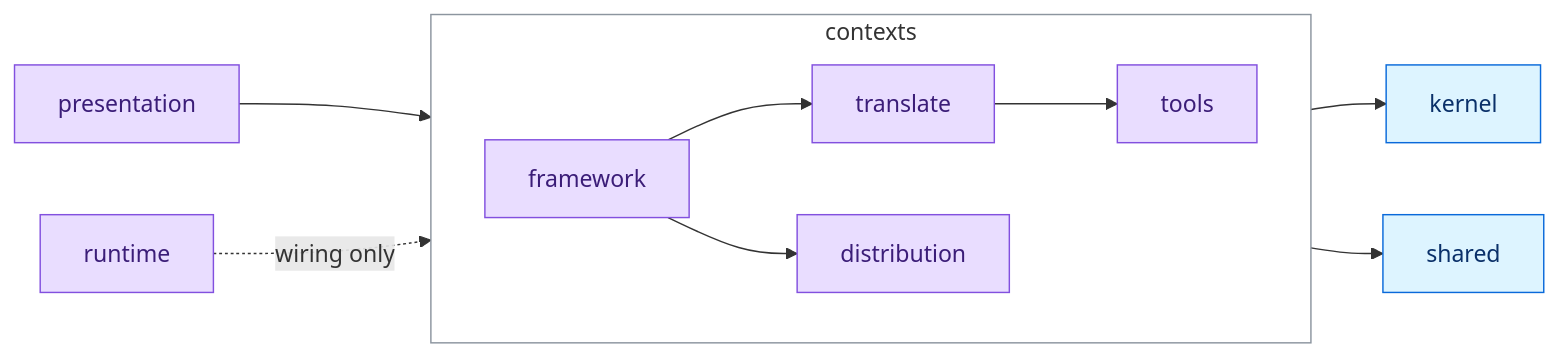
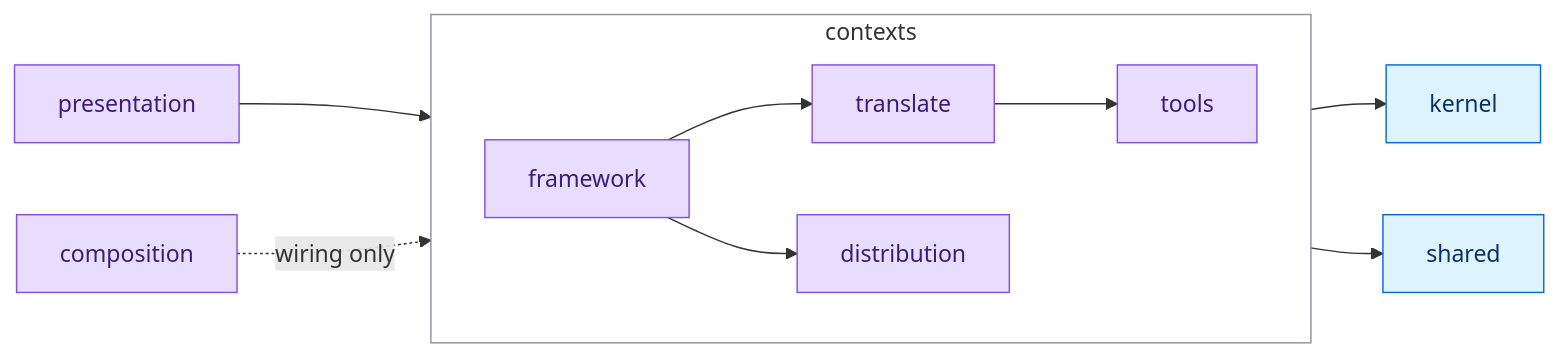
One commit to ai-driven-dev/framework changed the diagram in cli/ARCHITECTURE.md. Above: the diagram before and after it, drawn with Mermaid. The commit also changed other lines of this file and 76 other files, not shown here.

````diff
--- a/cli/ARCHITECTURE.md
+++ b/cli/ARCHITECTURE.md
@@ -5,17 +5,17 @@
 ```mermaid
 flowchart LR
   presentation["presentation"] --> contexts
-  runtime["runtime"] -.->|wiring only| contexts
+  composition["composition"] -.->|wiring only| contexts
   subgraph contexts["contexts"]
     direction LR
     framework["framework"] --> translate["translate"] --> tools["tools"]
     framework --> distribution["distribution"]
   end
   contexts --> kernel["kernel"]
   contexts --> shared["shared"]
   classDef layer fill:#e9ddff,stroke:#8250df,color:#3b1d78
   classDef base fill:#ddf4ff,stroke:#0969da,color:#0a3069
-  class presentation,runtime,framework,translate,tools,distribution layer
+  class presentation,composition,framework,translate,tools,distribution layer
   class kernel,shared base
   style contexts fill:none,stroke:#8c959f
 ```
````
